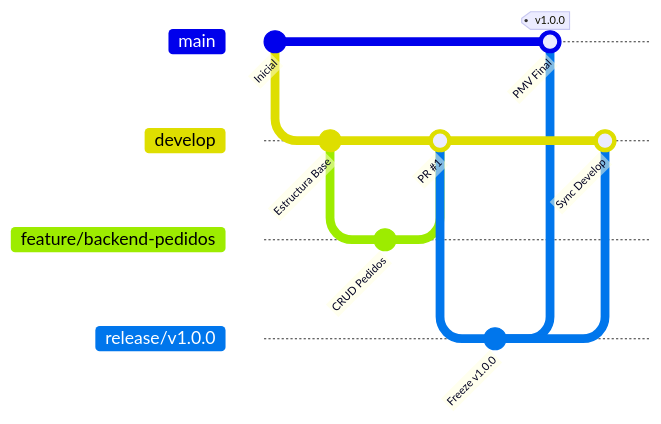
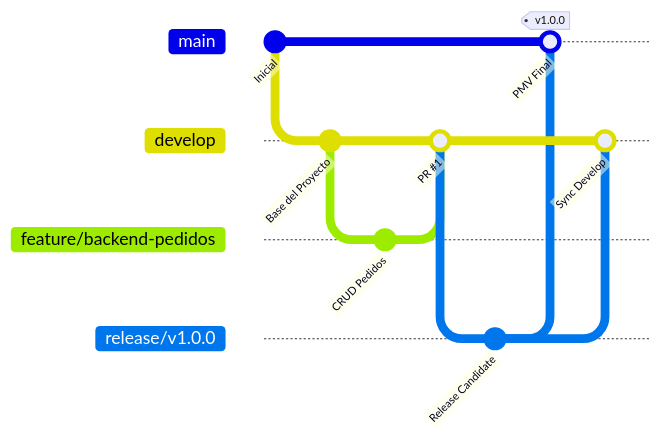
Before and after one commit to alexito-dev/EcoLogistica: the second of 2 diagrams in README.md, drawn with Mermaid. The commit also changed other lines of this file, not shown here.

Commit message:
docs(readme): actualizar metadatos del proyecto, equipo e inicio con diseno profesional

````diff
--- a/README.md
+++ b/README.md
@@ -130,19 +168,19 @@
 ```mermaid
 gitGraph
     commit id: "Inicial"
     branch develop
     checkout develop
-    commit id: "Estructura Base"
+    commit id: "Base del Proyecto"
     branch feature/backend-pedidos
     checkout feature/backend-pedidos
     commit id: "CRUD Pedidos"
     checkout develop
     merge feature/backend-pedidos id: "PR #1"
     branch release/v1.0.0
     checkout release/v1.0.0
-    commit id: "Freeze v1.0.0"
+    commit id: "Release Candidate"
     checkout main
     merge release/v1.0.0 id: "PMV Final" tag: "v1.0.0"
     checkout develop
     merge release/v1.0.0 id: "Sync Develop"
 ```
````
